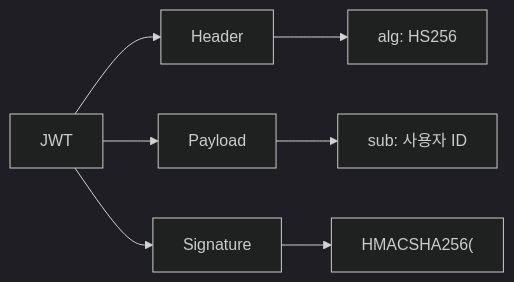
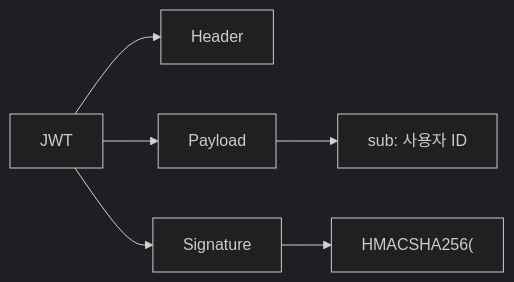
Before and after one commit to yjkim2015/yjkim2015.github.io: the third of 7 diagrams in _posts/spring/2026-05-02-spring-security-deep.md, drawn with Mermaid (dark theme). The commit also changed other lines of this file and 149 other files, not shown here.

First line of the commit message:
Mermaid 가독성 개선: 라벨 축약, 노드 축소, TD→LR 변환

````diff
--- a/_posts/spring/2026-05-02-spring-security-deep.md
+++ b/_posts/spring/2026-05-02-spring-security-deep.md
@@ -203,9 +203,8 @@
 ```mermaid
 graph LR
     A[JWT] --> B[Header]
     A --> C[Payload]
     A --> D[Signature]
-    B --> E["alg: HS256"]
     C --> F["sub: 사용자 ID"]
     D --> G["HMACSHA256("]
 ```
````
